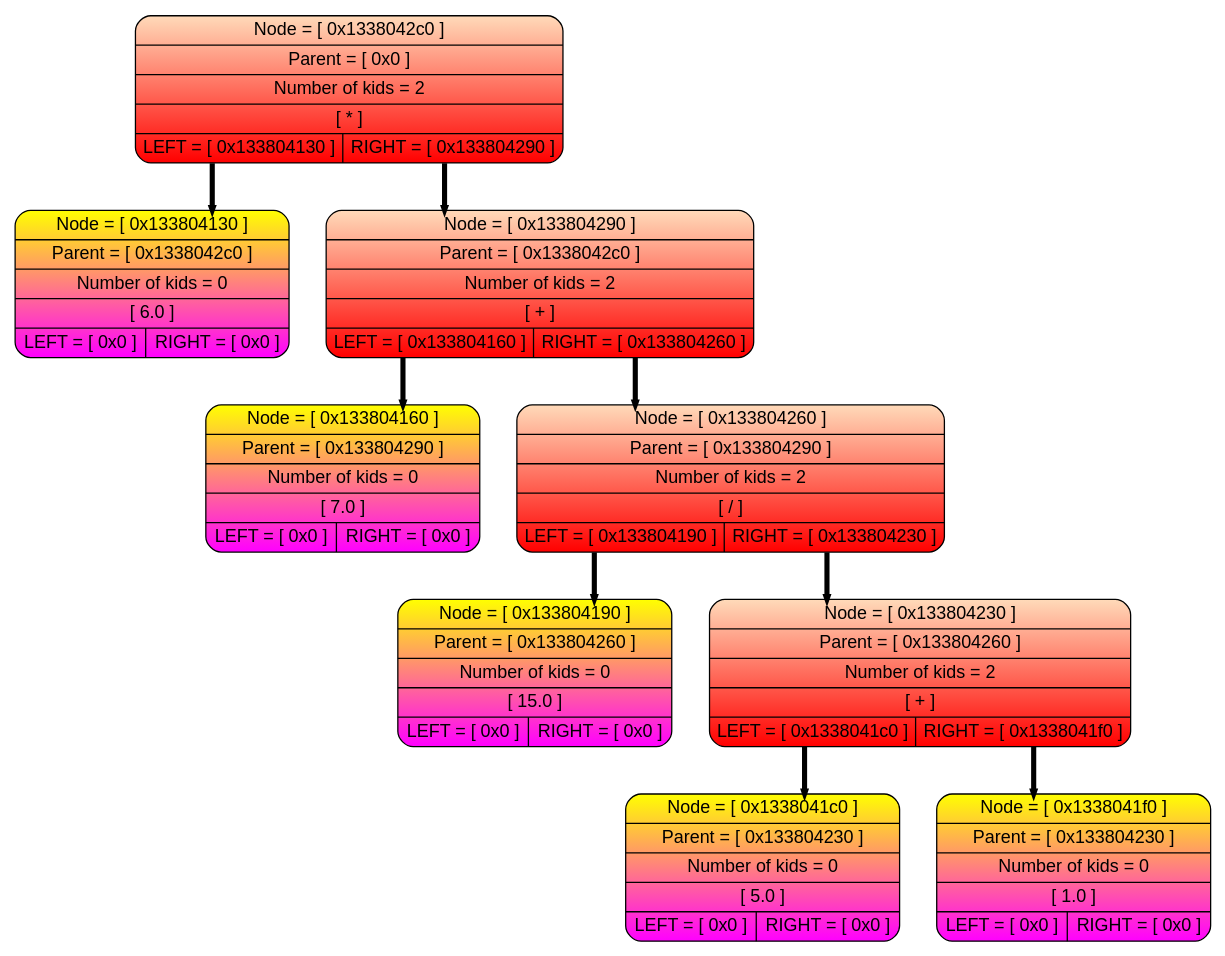
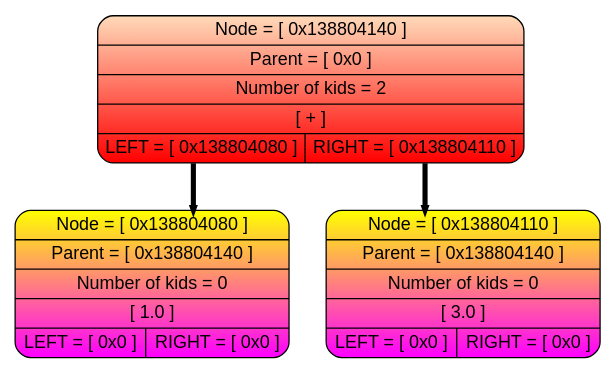
One commit to livlavr/Differentiator changed the diagram in Dump-source/dump.dot. Above: the diagram before and after it, drawn with Graphviz. The commit also changed 9 other files, not shown here.

```diff
--- a/Dump-source/dump.dot
+++ b/Dump-source/dump.dot
@@ -1,24 +1,12 @@
 digraph tree{
 splines=ortho;
 rankdir=HR;
 nodesep=0.4;
 node [shape=record, fontname="Arial"];
 edge [style=bold, color="black", weight=10, penwidth=4, arrowsize=0.2];
-P0x1338042c0 [style = "filled, rounded", fillcolor="peachpuff:red" gradientangle=270,label=" {Node = [ 0x1338042c0 ] | Parent = [ 0x0 ] | Number of kids = 2 |[ * ] | { <l> LEFT = [ 0x133804130 ] | <r> RIGHT = [ 0x133804290 ]}}" ];
-P0x133804130 [style = "filled, rounded", fillcolor="yellow:magenta" gradientangle=270,label=" {Node = [ 0x133804130 ] | Parent = [ 0x1338042c0 ] | Number of kids = 0 | [ 6.0 ] | { <l> LEFT = [ 0x0 ] | <r> RIGHT = [ 0x0 ]}}" ];
-P0x133804290 [style = "filled, rounded", fillcolor="peachpuff:red" gradientangle=270,label=" {Node = [ 0x133804290 ] | Parent = [ 0x1338042c0 ] | Number of kids = 2 |[ + ] | { <l> LEFT = [ 0x133804160 ] | <r> RIGHT = [ 0x133804260 ]}}" ];
-P0x133804160 [style = "filled, rounded", fillcolor="yellow:magenta" gradientangle=270,label=" {Node = [ 0x133804160 ] | Parent = [ 0x133804290 ] | Number of kids = 0 | [ 7.0 ] | { <l> LEFT = [ 0x0 ] | <r> RIGHT = [ 0x0 ]}}" ];
-P0x133804260 [style = "filled, rounded", fillcolor="peachpuff:red" gradientangle=270,label=" {Node = [ 0x133804260 ] | Parent = [ 0x133804290 ] | Number of kids = 2 |[ / ] | { <l> LEFT = [ 0x133804190 ] | <r> RIGHT = [ 0x133804230 ]}}" ];
-P0x133804190 [style = "filled, rounded", fillcolor="yellow:magenta" gradientangle=270,label=" {Node = [ 0x133804190 ] | Parent = [ 0x133804260 ] | Number of kids = 0 | [ 15.0 ] | { <l> LEFT = [ 0x0 ] | <r> RIGHT = [ 0x0 ]}}" ];
-P0x133804230 [style = "filled, rounded", fillcolor="peachpuff:red" gradientangle=270,label=" {Node = [ 0x133804230 ] | Parent = [ 0x133804260 ] | Number of kids = 2 |[ + ] | { <l> LEFT = [ 0x1338041c0 ] | <r> RIGHT = [ 0x1338041f0 ]}}" ];
-P0x1338041c0 [style = "filled, rounded", fillcolor="yellow:magenta" gradientangle=270,label=" {Node = [ 0x1338041c0 ] | Parent = [ 0x133804230 ] | Number of kids = 0 | [ 5.0 ] | { <l> LEFT = [ 0x0 ] | <r> RIGHT = [ 0x0 ]}}" ];
-P0x1338041f0 [style = "filled, rounded", fillcolor="yellow:magenta" gradientangle=270,label=" {Node = [ 0x1338041f0 ] | Parent = [ 0x133804230 ] | Number of kids = 0 | [ 1.0 ] | { <l> LEFT = [ 0x0 ] | <r> RIGHT = [ 0x0 ]}}" ];
-P0x133804230:<l> -> P0x1338041c0
-P0x133804230:<r> -> P0x1338041f0
-P0x133804260:<l> -> P0x133804190
-P0x133804260:<r> -> P0x133804230
-P0x133804290:<l> -> P0x133804160
-P0x133804290:<r> -> P0x133804260
-P0x1338042c0:<l> -> P0x133804130
-P0x1338042c0:<r> -> P0x133804290
+P0x138804140 [style = "filled, rounded", fillcolor="peachpuff:red" gradientangle=270,label=" {Node = [ 0x138804140 ] | Parent = [ 0x0 ] | Number of kids = 2 |[ + ] | { <l> LEFT = [ 0x138804080 ] | <r> RIGHT = [ 0x138804110 ]}}" ];
+P0x138804080 [style = "filled, rounded", fillcolor="yellow:magenta" gradientangle=270,label=" {Node = [ 0x138804080 ] | Parent = [ 0x138804140 ] | Number of kids = 0 | [ 1.0 ] | { <l> LEFT = [ 0x0 ] | <r> RIGHT = [ 0x0 ]}}" ];
+P0x138804110 [style = "filled, rounded", fillcolor="yellow:magenta" gradientangle=270,label=" {Node = [ 0x138804110 ] | Parent = [ 0x138804140 ] | Number of kids = 0 | [ 3.0 ] | { <l> LEFT = [ 0x0 ] | <r> RIGHT = [ 0x0 ]}}" ];
+P0x138804140:<l> -> P0x138804080
+P0x138804140:<r> -> P0x138804110
 }
```
